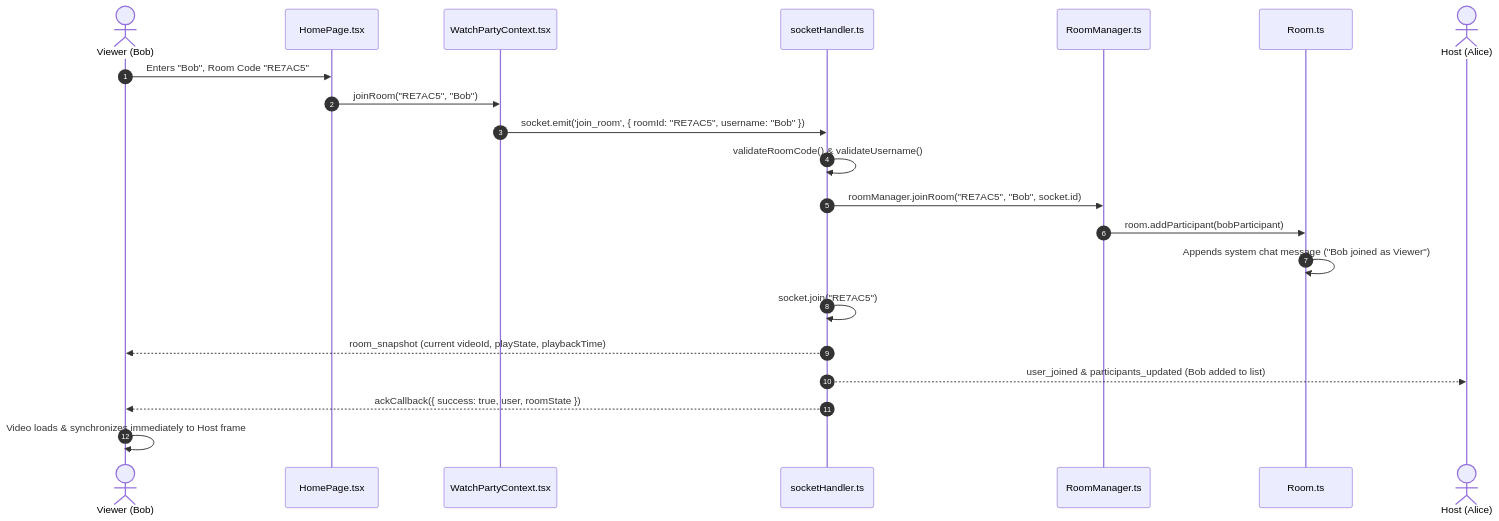
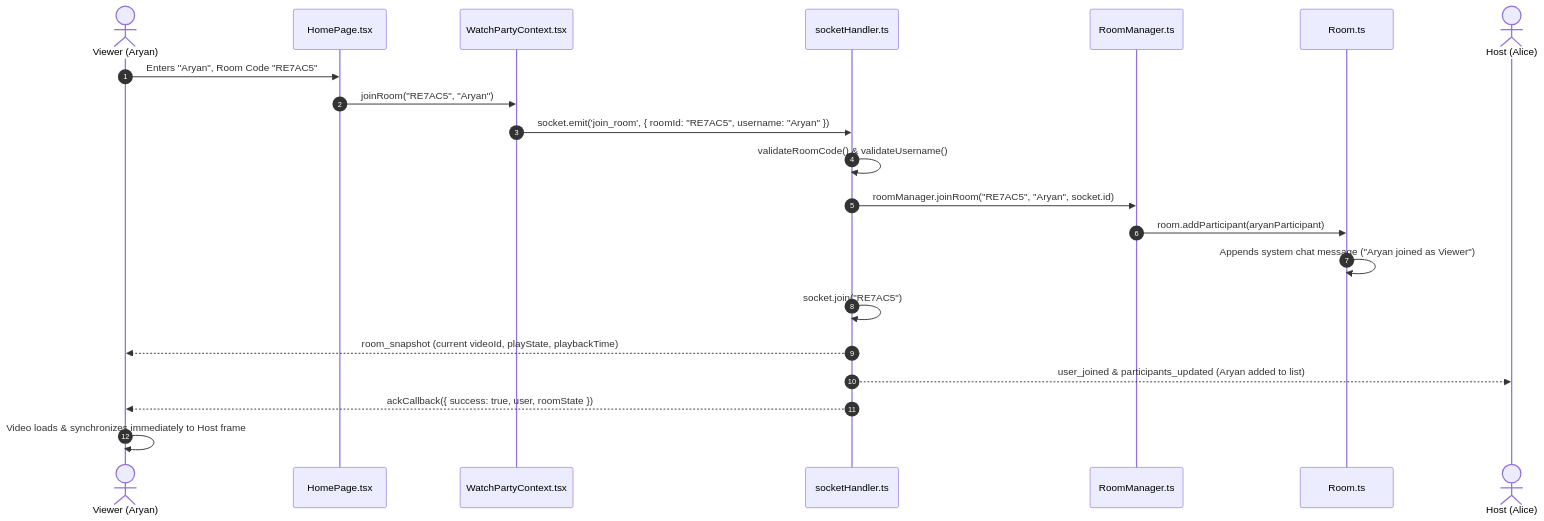
One commit to AryanPatel-AI/syncora changed the second of 6 diagrams in docs/CODE_WALKTHROUGH.md. Above: the diagram before and after it, drawn with Mermaid. The commit also changed other lines of this file and 8 other files, not shown here.

Commit message:
fix(core): complete RBAC enforcement, host transfer lifecycle, and real-time socket contract

````diff
--- a/docs/CODE_WALKTHROUGH.md
+++ b/docs/CODE_WALKTHROUGH.md
@@ -91,24 +91,24 @@
 ```mermaid
 sequenceDiagram
     autonumber
-    actor Viewer as Viewer (Bob)
+    actor Viewer as Viewer (Aryan)
     participant Home as HomePage.tsx
     participant Context as WatchPartyContext.tsx
     participant Server as socketHandler.ts
     participant Manager as RoomManager.ts
     participant Room as Room.ts
     actor Host as Host (Alice)
 
-    Viewer->>Home: Enters "Bob", Room Code "RE7AC5"
-    Home->>Context: joinRoom("RE7AC5", "Bob")
-    Context->>Server: socket.emit('join_room', { roomId: "RE7AC5", username: "Bob" })
+    Viewer->>Home: Enters "Aryan", Room Code "RE7AC5"
+    Home->>Context: joinRoom("RE7AC5", "Aryan")
+    Context->>Server: socket.emit('join_room', { roomId: "RE7AC5", username: "Aryan" })
     Server->>Server: validateRoomCode() & validateUsername()
-    Server->>Manager: roomManager.joinRoom("RE7AC5", "Bob", socket.id)
-    Manager->>Room: room.addParticipant(bobParticipant)
-    Room->>Room: Appends system chat message ("Bob joined as Viewer")
+    Server->>Manager: roomManager.joinRoom("RE7AC5", "Aryan", socket.id)
+    Manager->>Room: room.addParticipant(aryanParticipant)
+    Room->>Room: Appends system chat message ("Aryan joined as Viewer")
     Server->>Server: socket.join("RE7AC5")
     Server-->>Viewer: room_snapshot (current videoId, playState, playbackTime)
-    Server-->>Host: user_joined & participants_updated (Bob added to list)
+    Server-->>Host: user_joined & participants_updated (Aryan added to list)
     Server-->>Viewer: ackCallback({ success: true, user, roomState })
     Viewer->>Viewer: Video loads & synchronizes immediately to Host frame
 ```
````
